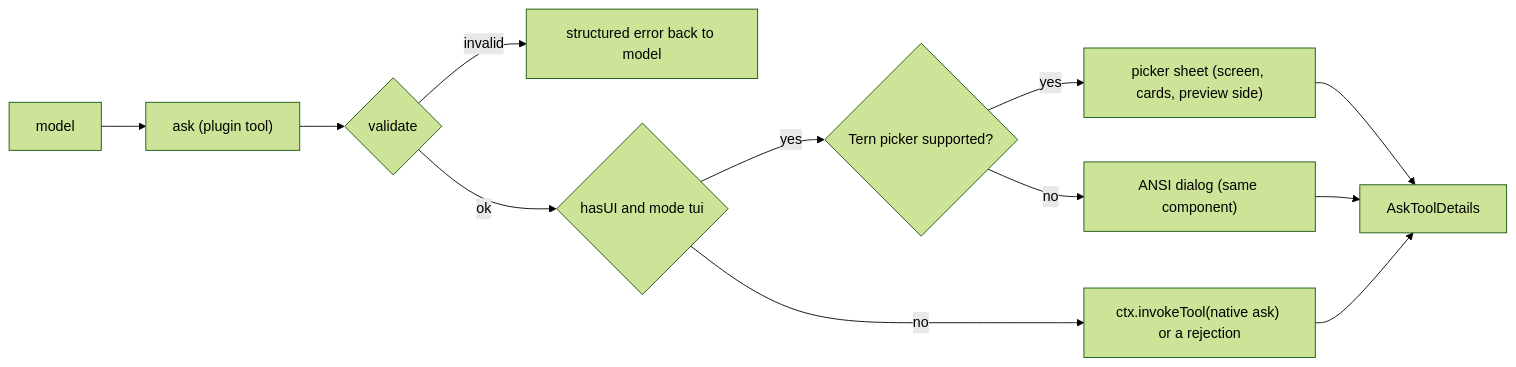
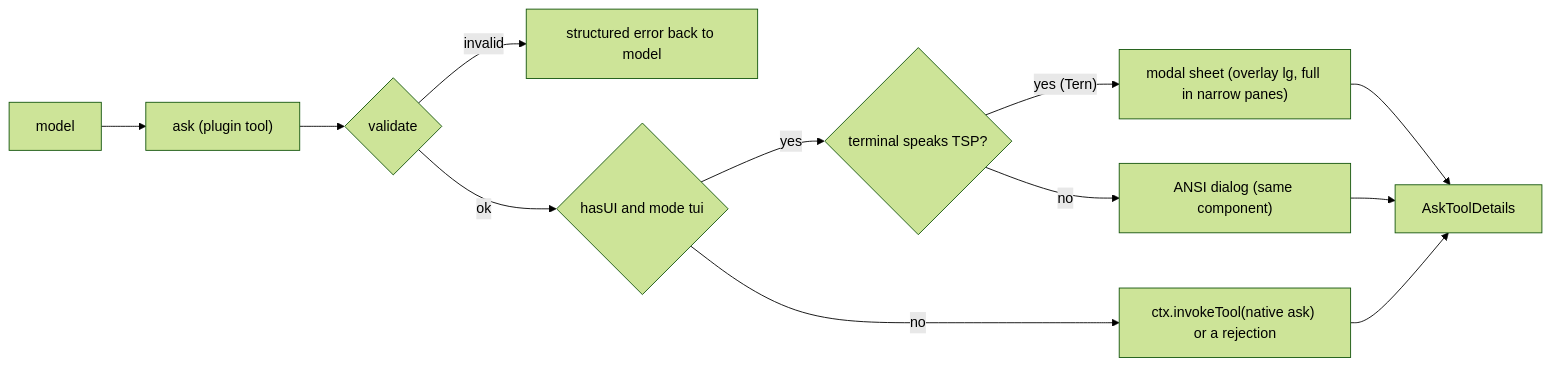
The diagram in README.md (oh-my-omp/omp-ask-more), drawn with Mermaid (forest theme) before and after one commit. The commit also changed other lines of this file and 5 other files, not shown here.

First line of the commit message:
fix(tern): answer in a modal overlay sheet instead of a screen-size picker

````diff
--- a/README.md
+++ b/README.md
@@ -96,14 +96,14 @@
 ```mermaid
 flowchart LR
   m[model] --> t["ask (plugin tool)"]
   t --> v{validate}
   v -- invalid --> e[structured error back to model]
   v -- ok --> u{"hasUI and mode tui"}
   u -- "no" --> n["ctx.invokeTool(native ask) or a rejection"]
-  u -- "yes" --> s{"Tern picker supported?"}
-  s -- "yes" --> p["picker sheet (screen, cards, preview side)"]
+  u -- "yes" --> s{"terminal speaks TSP?"}
+  s -- "yes (Tern)" --> p["modal sheet (overlay lg, full in narrow panes)"]
   s -- "no" --> c["ANSI dialog (same component)"]
   p --> a[AskToolDetails]
   c --> a
   n --> a
 ```
````
